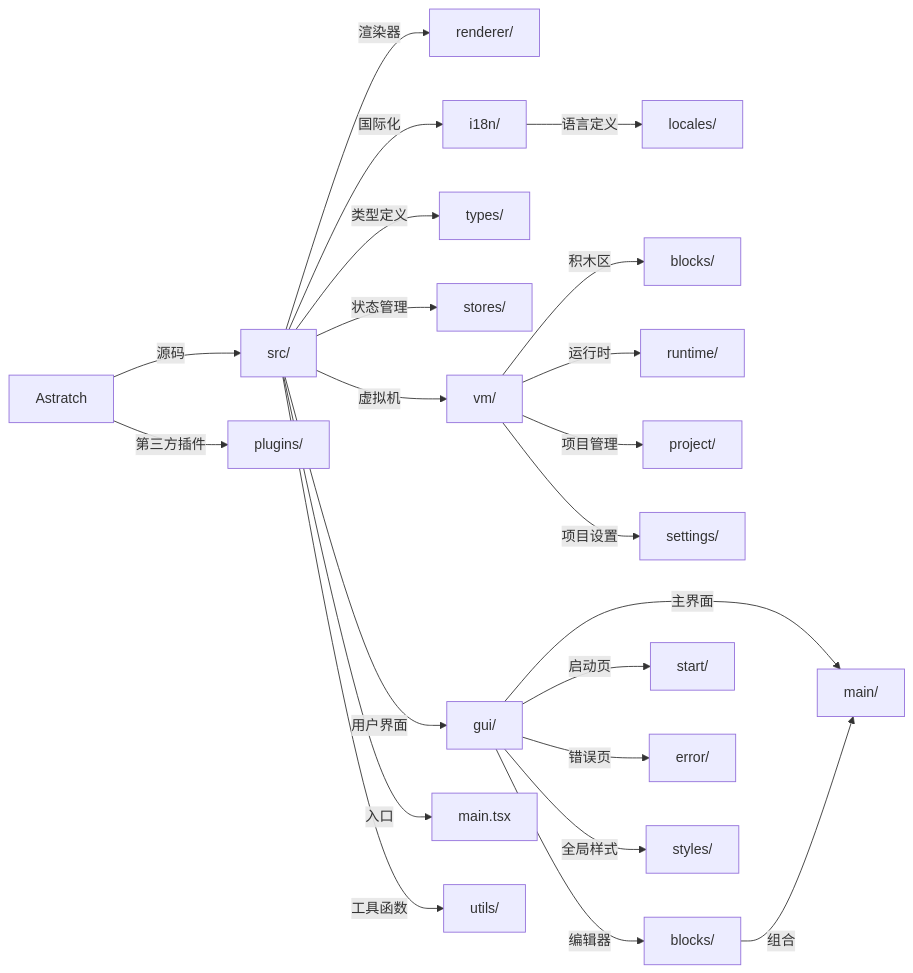
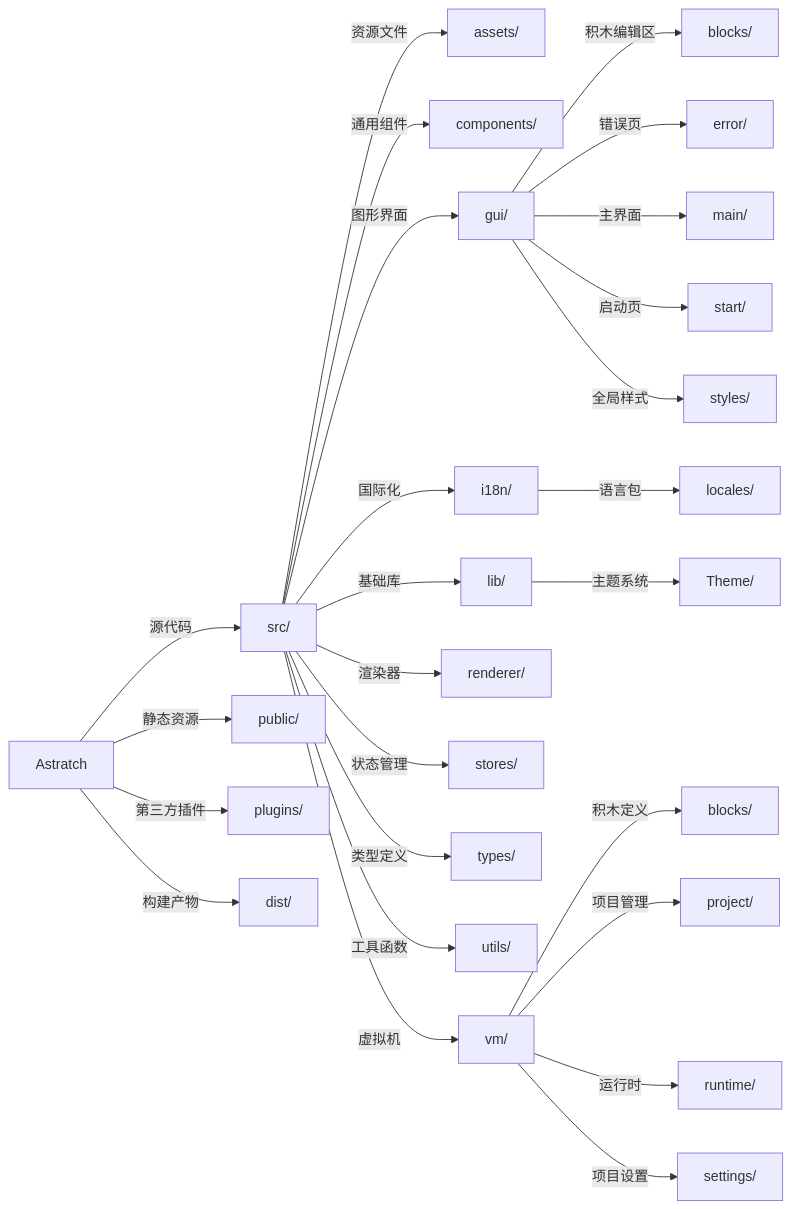
The diagram in README.md (TheAstrasTeam/Astratch), drawn with Mermaid before and after one commit. The commit also changed other lines of this file, not shown here.

````diff
--- a/README.md
+++ b/README.md
@@ -52,30 +53,37 @@
 ```mermaid
 graph LR
         A[Astratch]
 
-        A --> |源码|B[src/]
+        A --> |源代码| ROOT_SRC[src/]
+        A --> |静态资源| ROOT_PUBLIC[public/]
+        A --> |第三方插件| ROOT_PLUGINS[plugins/]
+        A --> |构建产物| ROOT_DIST[dist/]
 
-        B --> |渲染器|C[renderer/]
-        B --> |国际化|O[i18n/]
-        B --> |类型定义|TP[types/]
-        B --> |状态管理|ST[stores/]
+        ROOT_SRC --> |资源文件| ASSETS[assets/]
+        ROOT_SRC --> |通用组件| COMPONENTS[components/]
+        ROOT_SRC --> |图形界面| GUI[gui/]
+        ROOT_SRC --> |国际化| I18N[i18n/]
+        ROOT_SRC --> |基础库| LIB[lib/]
+        ROOT_SRC --> |渲染器| RENDERER[renderer/]
+        ROOT_SRC --> |状态管理| STORES[stores/]
+        ROOT_SRC --> |类型定义| TYPES[types/]
+        ROOT_SRC --> |工具函数| UTILS[utils/]
+        ROOT_SRC --> |虚拟机| VM[vm/]
 
-        O --> |语言定义| LD[locales/]
+        GUI --> |积木编辑区| GUI_BLOCKS[blocks/]
+        GUI --> |错误页| GUI_ERROR[error/]
+        GUI --> |主界面| GUI_MAIN[main/]
+        GUI --> |启动页| GUI_START[start/]
+        GUI --> |全局样式| GUI_STYLES[styles/]
 
-        B --> |虚拟机|D[vm/]
-        D --> |积木区|BLK[blocks/]
-        D --> |运行时|RUNTIME[runtime/]
-        D --> |项目管理|PM[project/]
-        D --> |项目设置|PS[settings/]
-        B --> |用户界面|E[gui/]
-        E --> |主界面|K[main/]
-        E --> |编辑器|G[blocks/]
-        E --> |启动页|START[start/]
-        E --> |错误页|ERR[error/]
-        E --> |全局样式|STY[styles/]
-        G --> |组合| K
-        B --> |入口|MAIN[main.tsx]
-        B --> |工具函数|F[utils/]
+        I18N --> |语言包| LOCALES[locales/]
 
-        A --> |第三方插件|PL[plugins/]
+        LIB --> |主题系统| THEME[Theme/]
+
+        VM --> |积木定义| VM_BLOCKS[blocks/]
+        VM --> |项目管理| VM_PROJECT[project/]
+        VM --> |运行时| VM_RUNTIME[runtime/]
+        VM --> |项目设置| VM_SETTINGS[settings/]
+
+
 ```
````
